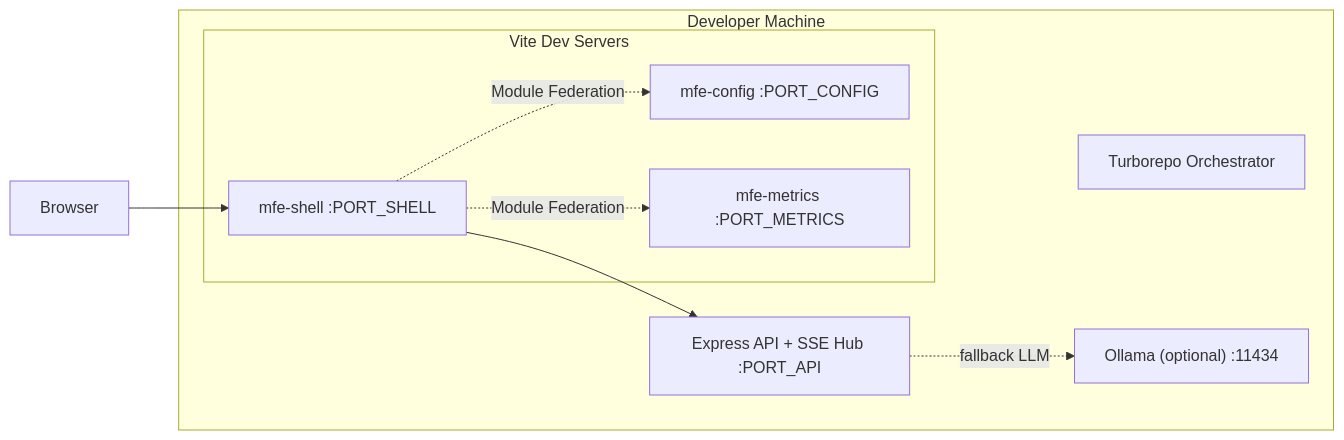
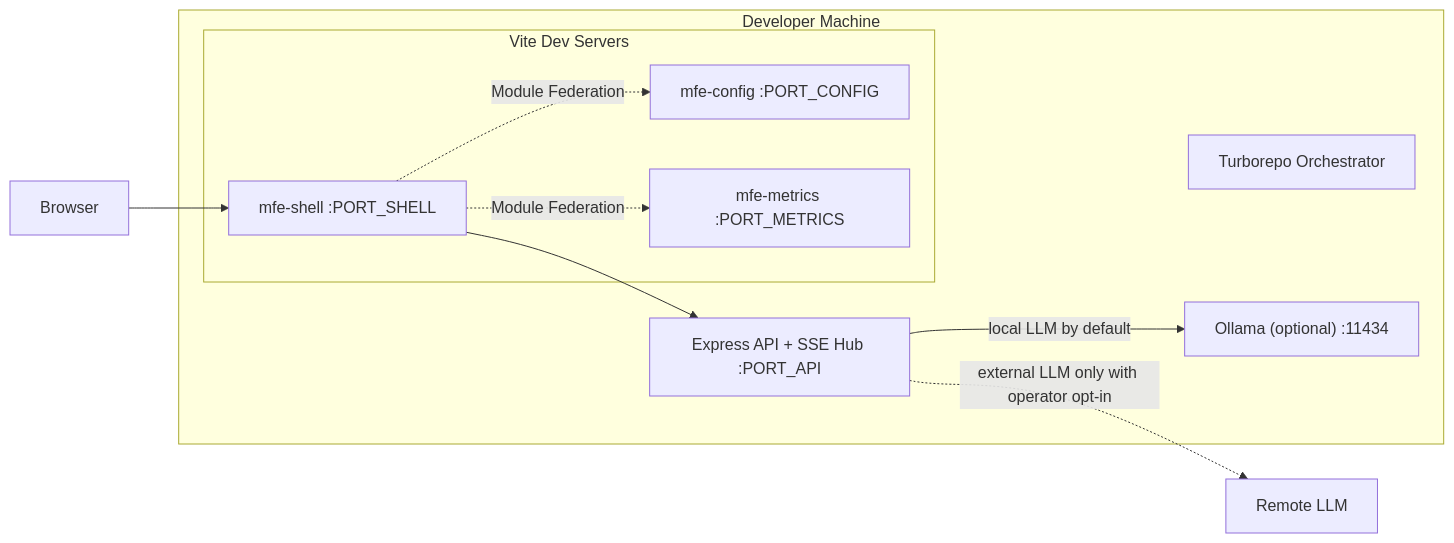
Before and after one commit to anavasm/sentinel-sdd: the diagram in docs/asd/07-infrastructure.md, drawn with Mermaid. The commit also changed other lines of this file and 17 other files, not shown here.

````diff
--- a/docs/asd/07-infrastructure.md
+++ b/docs/asd/07-infrastructure.md
@@ -15,18 +15,19 @@
 ```mermaid
 graph LR
     subgraph DevMachine ["Developer Machine"]
         Turbo["Turborepo Orchestrator"]
         subgraph Vite ["Vite Dev Servers"]
             ShellDev["mfe-shell :PORT_SHELL"]
             ConfigDev["mfe-config :PORT_CONFIG"]
             MetricsDev["mfe-metrics :PORT_METRICS"]
         end
         Api["Express API + SSE Hub :PORT_API"]
         Ollama["Ollama (optional) :11434"]
     end
     Browser["Browser"] --> ShellDev
     ShellDev -.->|Module Federation| ConfigDev
     ShellDev -.->|Module Federation| MetricsDev
     ShellDev --> Api
-    Api -.->|fallback LLM| Ollama
+    Api -->|local LLM by default| Ollama
+    Api -.->|external LLM only with operator opt-in| RemoteLlm[Remote LLM]
 ```
````
